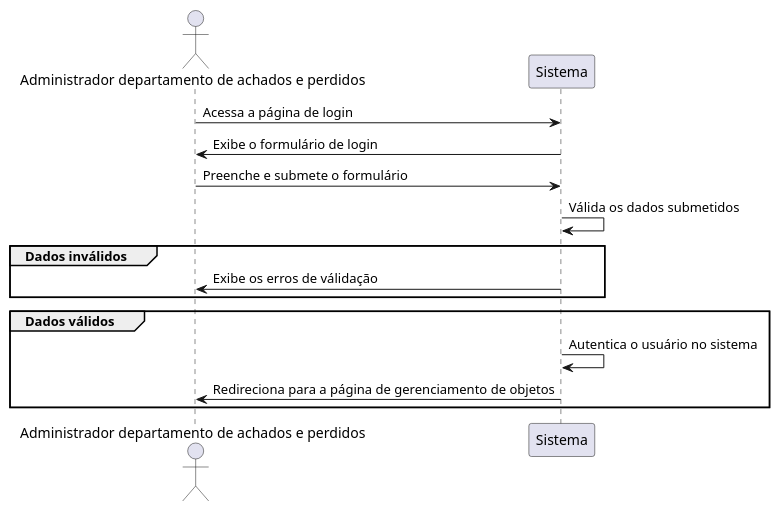
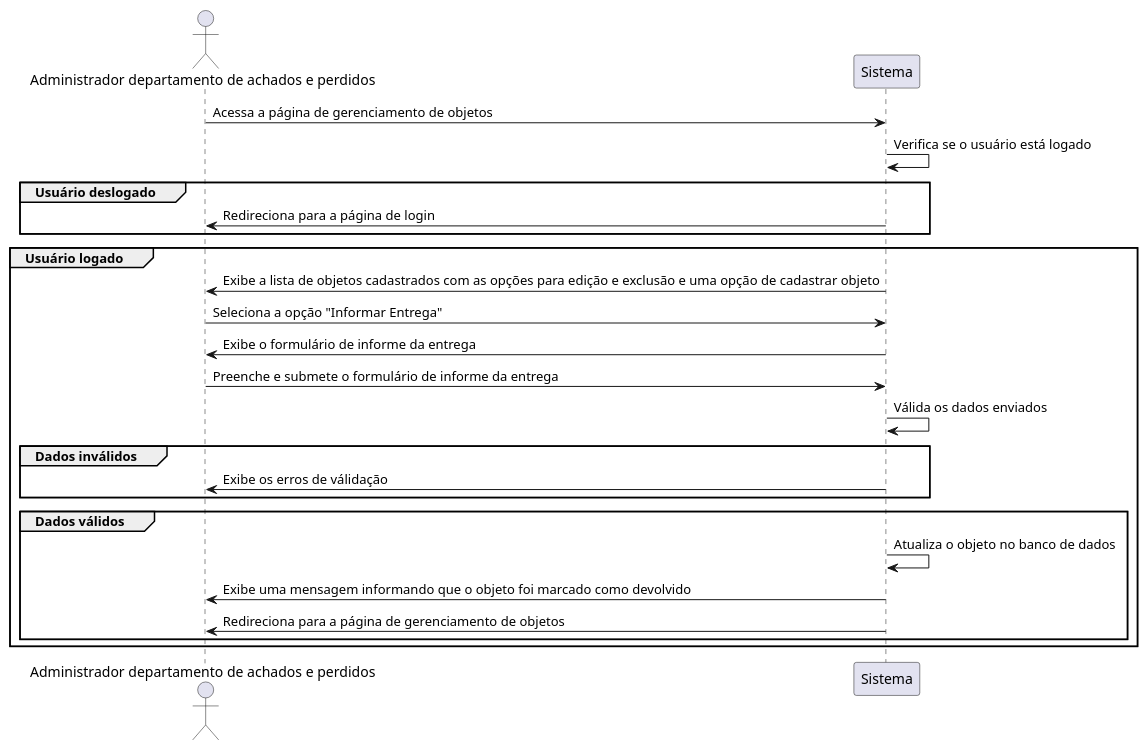
One commit to treinaweb/desafio-achados-e-perdidos changed the diagram in casos-de-uso/administrador/RAP06.wsd. Above: the diagram before and after it, drawn with PlantUML. The commit also changed 11 other files, not shown here.

```diff
--- a/casos-de-uso/administrador/RAP06.wsd
+++ b/casos-de-uso/administrador/RAP06.wsd
@@ -1,20 +1,31 @@
 @startuml RAP06
 
 actor "Administrador departamento de achados e perdidos" as admin
 participant "Sistema" as sistema
 
-admin -> sistema: Acessa a página de login
-sistema -> admin: Exibe o formulário de login
-admin -> sistema: Preenche e submete o formulário
-sistema -> sistema: Válida os dados submetidos
+admin -> sistema: Acessa a página de gerenciamento de objetos
+sistema -> sistema: Verifica se o usuário está logado
 
-group Dados inválidos
-  sistema -> admin: Exibe os erros de válidação
+group Usuário deslogado
+  sistema -> admin: Redireciona para a página de login
 end
 
-group Dados válidos
-  sistema -> sistema: Autentica o usuário no sistema
-  sistema -> admin: Redireciona para a página de gerenciamento de objetos
+group Usuário logado
+  sistema -> admin: Exibe a lista de objetos cadastrados com as opções para edição e exclusão e uma opção de cadastrar objeto
+  admin -> sistema: Seleciona a opção "Informar Entrega"
+  sistema -> admin: Exibe o formulário de informe da entrega
+  admin -> sistema: Preenche e submete o formulário de informe da entrega
+  sistema -> sistema: Válida os dados enviados
+
+  group Dados inválidos
+    sistema -> admin: Exibe os erros de válidação
+  end
+
+  group Dados válidos
+    sistema -> sistema: Atualiza o objeto no banco de dados
+    sistema -> admin: Exibe uma mensagem informando que o objeto foi marcado como devolvido
+    sistema -> admin: Redireciona para a página de gerenciamento de objetos
+  end
 end
 
 @enduml
```
